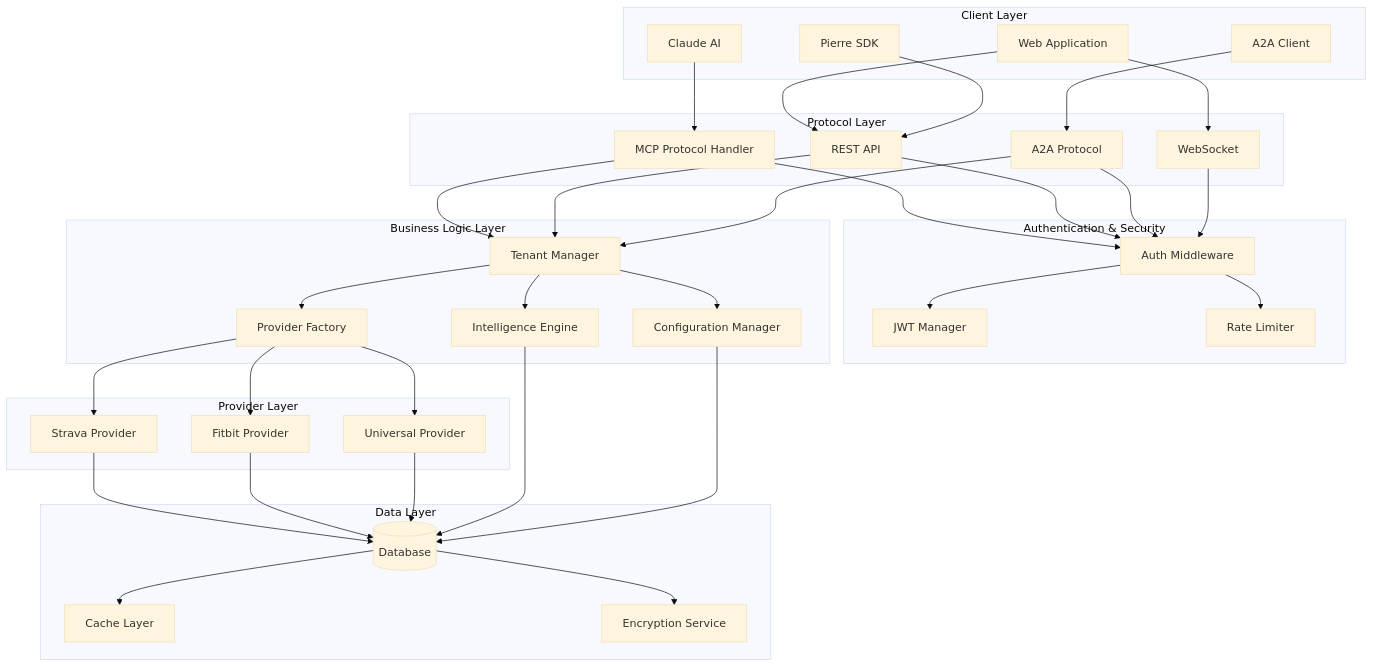
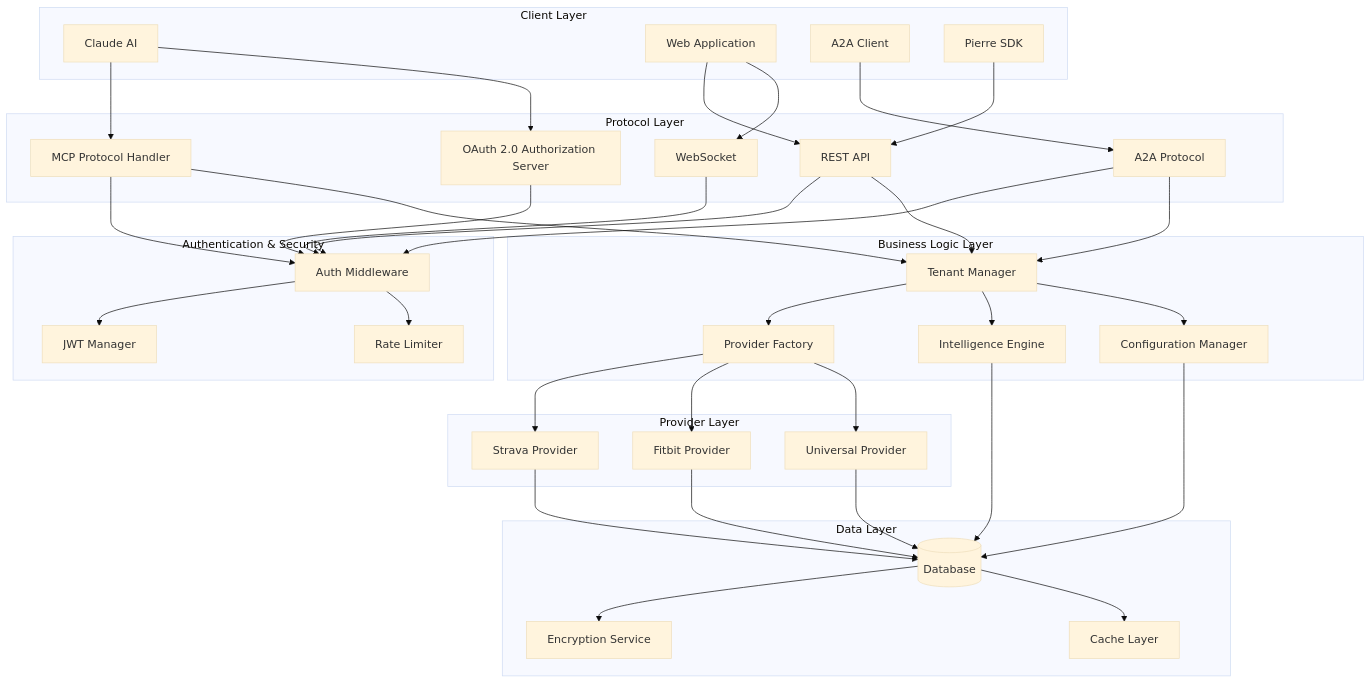
Before and after one commit to Async-IO/pierre_mcp_server: the first of 7 diagrams in docs/developer-guide/01-architecture.md, drawn with Mermaid (base theme). The commit also changed other lines of this file and 7 other files, not shown here.

````diff
--- a/docs/developer-guide/01-architecture.md
+++ b/docs/developer-guide/01-architecture.md
@@ -7,77 +7,80 @@
 ```mermaid
 graph TB
     subgraph "Client Layer"
         Claude[Claude AI]
         WebApp[Web Application]
         A2AClient[A2A Client]
         SDK[Pierre SDK]
     end
     
     subgraph "Protocol Layer"
         MCP[MCP Protocol Handler]
+        OAuth2[OAuth 2.0 Authorization Server]
         REST[REST API]
         WS[WebSocket]
         A2A[A2A Protocol]
     end
     
     subgraph "Authentication & Security"
         JWT[JWT Manager]
         Auth[Auth Middleware]
         RateLimit[Rate Limiter]
     end
     
     subgraph "Business Logic Layer"
         TenantMgr[Tenant Manager]
         ProviderFactory[Provider Factory]
         IntelEngine[Intelligence Engine]
         ConfigMgr[Configuration Manager]
     end
     
     subgraph "Provider Layer"
         Strava[Strava Provider]
         Fitbit[Fitbit Provider]
         Universal[Universal Provider]
     end
     
     subgraph "Data Layer"
         DB[(Database)]
         Cache[Cache Layer]
         Encryption[Encryption Service]
     end
     
     Claude --> MCP
+    Claude --> OAuth2
     WebApp --> REST
     WebApp --> WS
     A2AClient --> A2A
     SDK --> REST
     
     MCP --> Auth
+    OAuth2 --> Auth
     REST --> Auth
     A2A --> Auth
     WS --> Auth
     
     Auth --> JWT
     Auth --> RateLimit
     
     MCP --> TenantMgr
     REST --> TenantMgr
     A2A --> TenantMgr
     
     TenantMgr --> ProviderFactory
     TenantMgr --> IntelEngine
     TenantMgr --> ConfigMgr
     
     ProviderFactory --> Strava
     ProviderFactory --> Fitbit
     ProviderFactory --> Universal
     
     Strava --> DB
     Fitbit --> DB
     Universal --> DB
     
     IntelEngine --> DB
     ConfigMgr --> DB
     
     DB --> Encryption
     DB --> Cache
 ```
````
